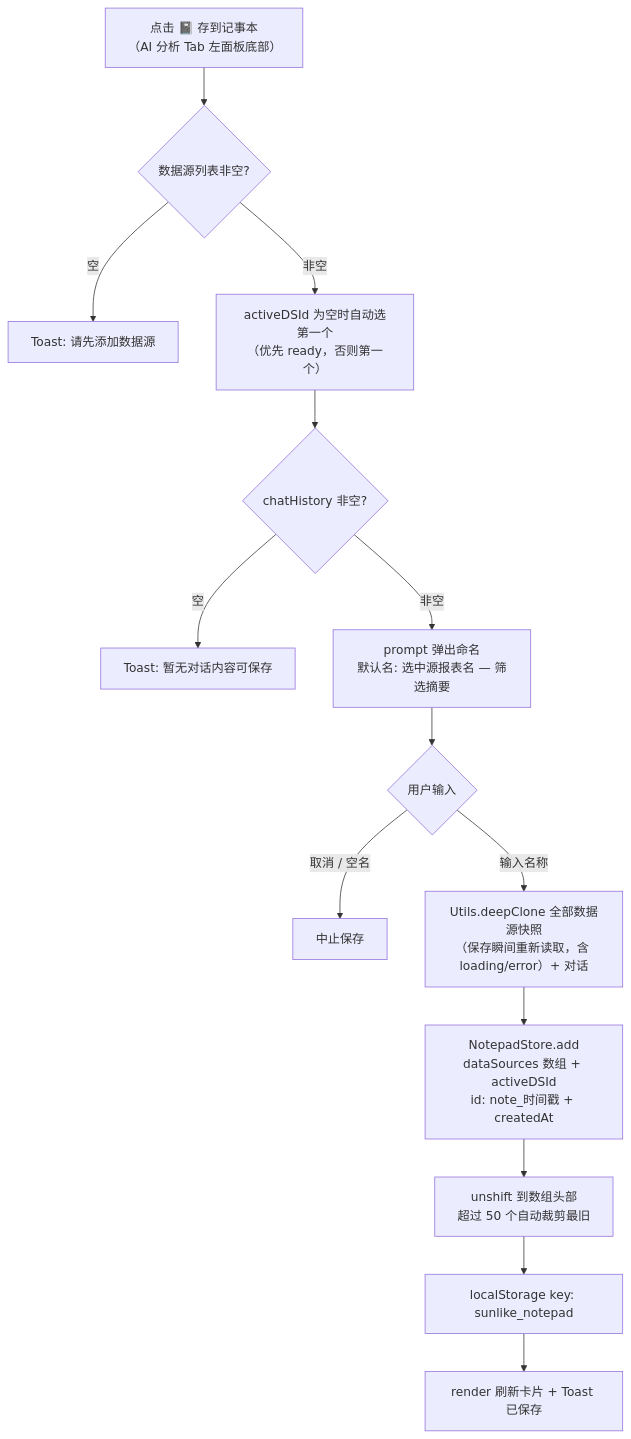
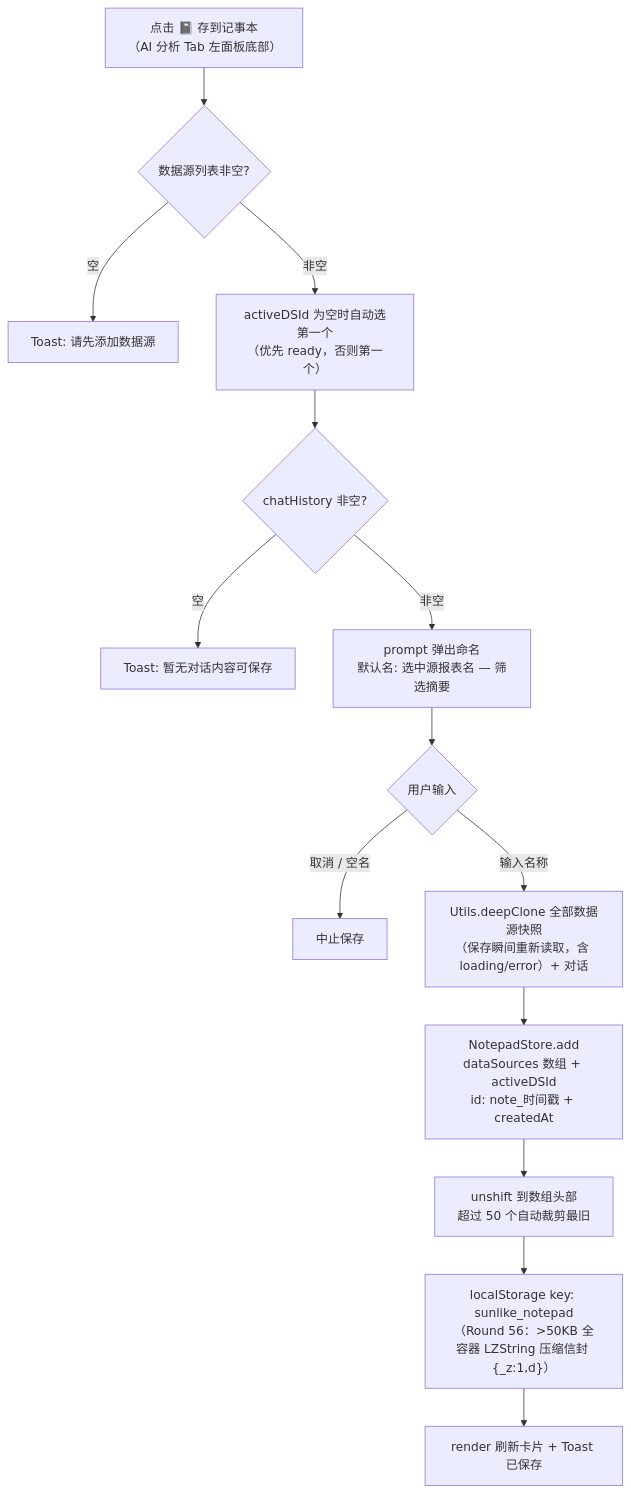
Before and after one commit to ksmingkimo/AsCoding: diagram 11 of 23 in 流程图.md, drawn with Mermaid. The commit also changed other lines of this file and 19 other files, not shown here.

````diff
--- a/流程图.md
+++ b/流程图.md
@@ -369,16 +374,16 @@
 ```mermaid
 flowchart TD
     A["点击 📓 存到记事本<br/>（AI 分析 Tab 左面板底部）"] --> B{数据源列表非空?}
     B -->|空| C[Toast: 请先添加数据源]
     B -->|非空| B2["activeDSId 为空时自动选第一个<br/>（优先 ready，否则第一个）"]
     B2 --> D{chatHistory 非空?}
     D -->|空| E[Toast: 暂无对话内容可保存]
     D -->|非空| F["prompt 弹出命名<br/>默认名: 选中源报表名 — 筛选摘要"]
     F --> G{用户输入}
     G -->|取消 / 空名| H[中止保存]
     G -->|输入名称| I["Utils.deepClone 全部数据源快照<br/>（保存瞬间重新读取，含 loading/error）+ 对话"]
     I --> J["NotepadStore.add<br/>dataSources 数组 + activeDSId<br/>id: note_时间戳 + createdAt"]
     J --> K["unshift 到数组头部<br/>超过 50 个自动裁剪最旧"]
-    K --> L[localStorage key: sunlike_notepad]
+    K --> L["localStorage key: sunlike_notepad<br/>（Round 56：>50KB 全容器 LZString 压缩信封 {_z:1,d}）"]
     L --> M[render 刷新卡片 + Toast 已保存]
 ```
````
